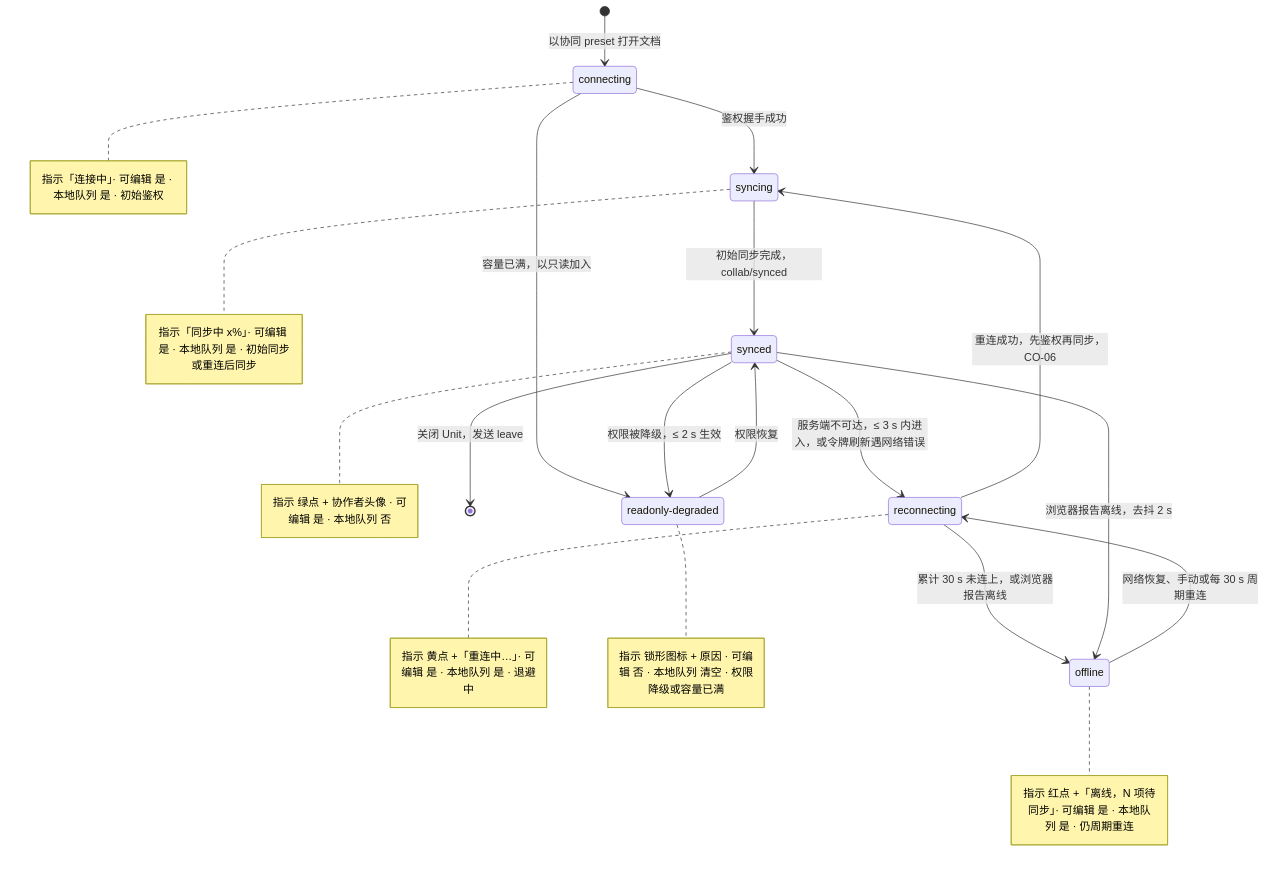
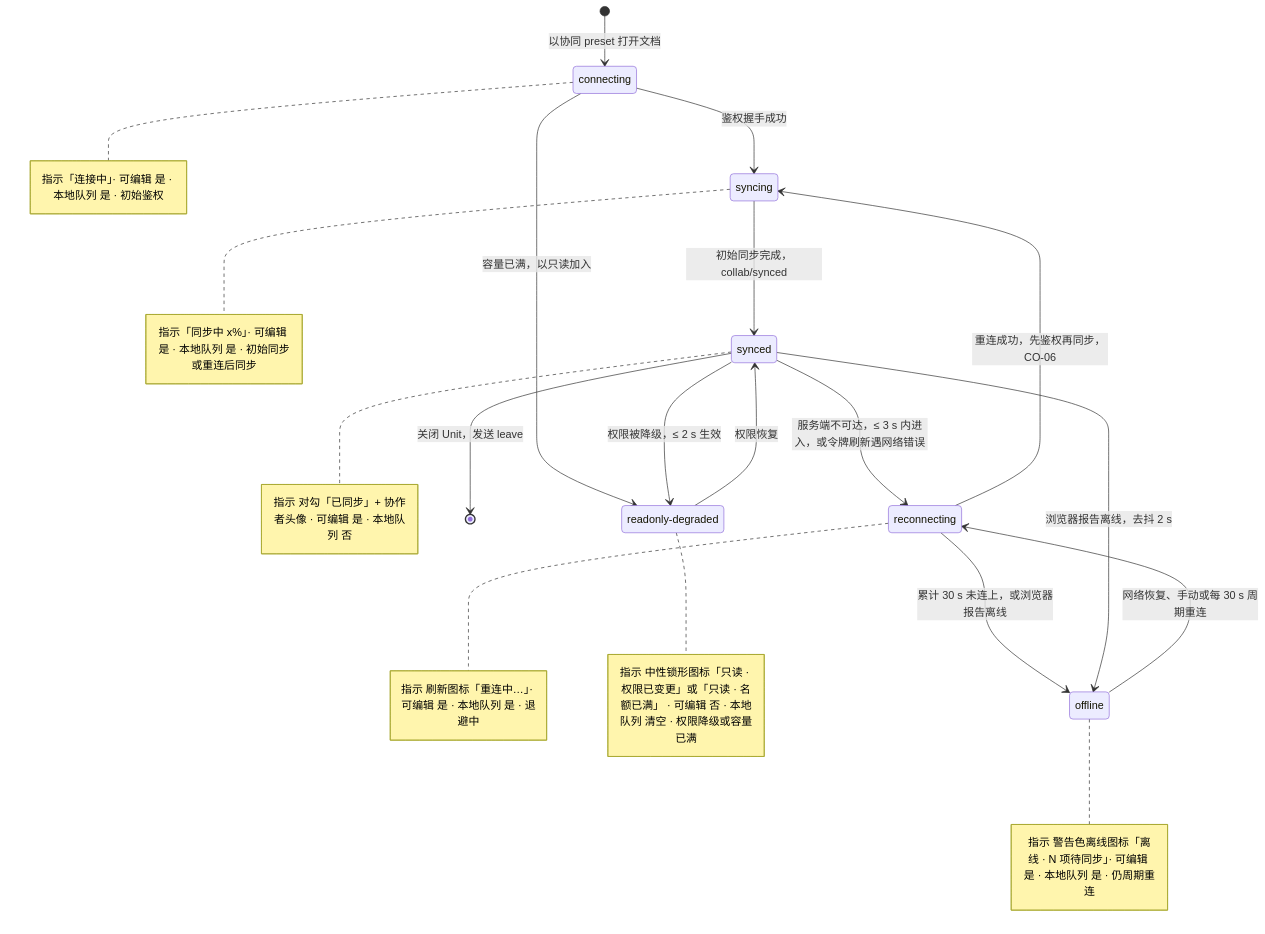
Before and after one commit to Xeonice/cordis-ppt-editor: the tenth of 10 diagrams in docs/10-prd/03-features/03-collaboration.md, drawn with Mermaid. The commit also changed other lines of this file and 16 other files, not shown here.

First line of the commit message:
docs(prd): 按设计语言 v3 改读需求表述（第 0–3 批与母版视图改版）

````diff
--- a/docs/10-prd/03-features/03-collaboration.md
+++ b/docs/10-prd/03-features/03-collaboration.md
@@ -447,27 +461,27 @@
 ```mermaid
 stateDiagram-v2
   state "connecting" as connecting
   state "syncing" as syncing
   state "synced" as synced
   state "reconnecting" as reconnecting
   state "offline" as offline
   state "readonly-degraded" as readonly_degraded
   [*] --> connecting: 以协同 preset 打开文档
   connecting --> syncing: 鉴权握手成功
   syncing --> synced: 初始同步完成，collab/synced
   synced --> reconnecting: 服务端不可达，≤ 3 s 内进入，或令牌刷新遇网络错误
   reconnecting --> syncing: 重连成功，先鉴权再同步，CO-06
   reconnecting --> offline: 累计 30 s 未连上，或浏览器报告离线
   synced --> offline: 浏览器报告离线，去抖 2 s
   offline --> reconnecting: 网络恢复、手动或每 30 s 周期重连
   connecting --> readonly_degraded: 容量已满，以只读加入
   synced --> readonly_degraded: 权限被降级，≤ 2 s 生效
   readonly_degraded --> synced: 权限恢复
   synced --> [*]: 关闭 Unit，发送 leave
   note right of connecting: 指示「连接中」· 可编辑 是 · 本地队列 是 · 初始鉴权
   note right of syncing: 指示「同步中 x%」· 可编辑 是 · 本地队列 是 · 初始同步或重连后同步
-  note right of synced: 指示 绿点 + 协作者头像 · 可编辑 是 · 本地队列 否
-  note right of reconnecting: 指示 黄点 +「重连中…」· 可编辑 是 · 本地队列 是 · 退避中
-  note right of offline: 指示 红点 +「离线，N 项待同步」· 可编辑 是 · 本地队列 是 · 仍周期重连
-  note right of readonly_degraded: 指示 锁形图标 + 原因 · 可编辑 否 · 本地队列 清空 · 权限降级或容量已满
+  note right of synced: 指示 对勾「已同步」+ 协作者头像 · 可编辑 是 · 本地队列 否
+  note right of reconnecting: 指示 刷新图标「重连中…」· 可编辑 是 · 本地队列 是 · 退避中
+  note right of offline: 指示 警告色离线图标「离线 · N 项待同步」· 可编辑 是 · 本地队列 是 · 仍周期重连
+  note right of readonly_degraded: 指示 中性锁形图标「只读 · 权限已变更」或「只读 · 名额已满」 · 可编辑 否 · 本地队列 清空 · 权限降级或容量已满
 ```
````
